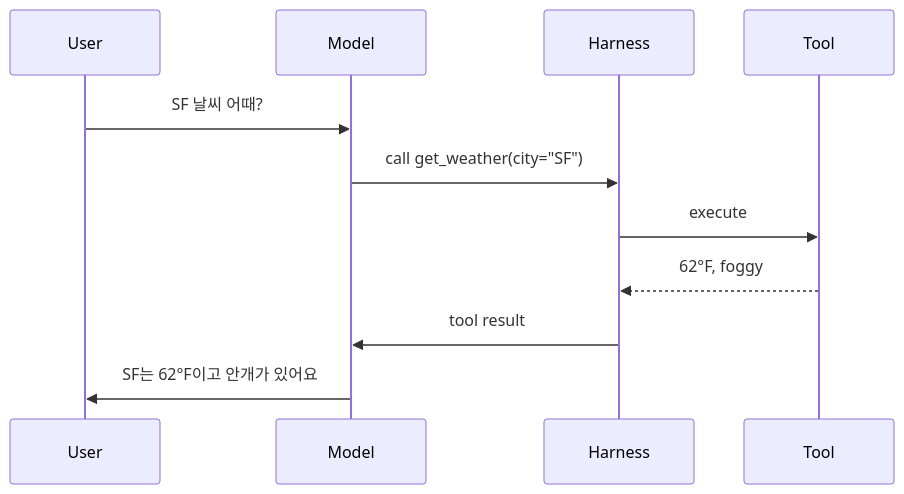
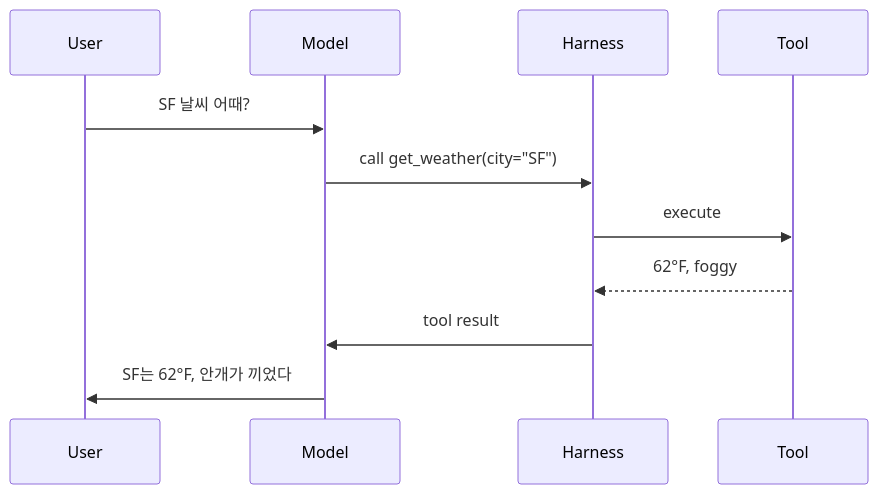
The third of 8 diagrams in docs/slides/deck.md (JISUlicious/latest-agents), drawn with Mermaid before and after one commit. The commit also changed other lines of this file, not shown here.

````diff
--- a/docs/slides/deck.md
+++ b/docs/slides/deck.md
@@ -285,13 +284,13 @@
 ```mermaid
 sequenceDiagram
     participant User
     participant Model
     participant Harness
     participant Tool
     User->>Model: SF 날씨 어때?
     Model->>Harness: call get_weather(city="SF")
     Harness->>Tool: execute
     Tool-->>Harness: 62°F, foggy
     Harness->>Model: tool result
-    Model->>User: SF는 62°F이고 안개가 있어요
+    Model->>User: SF는 62°F, 안개가 끼었다
 ```
````
